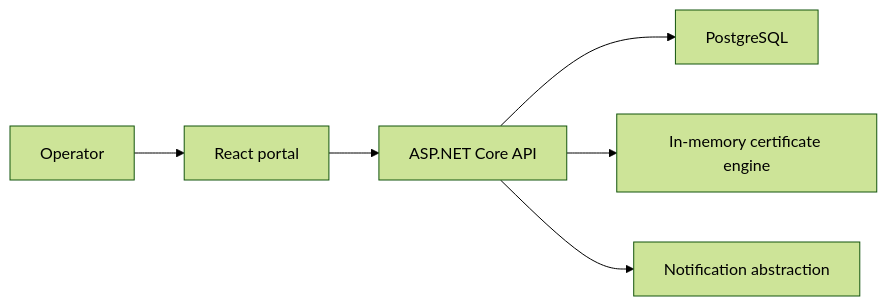
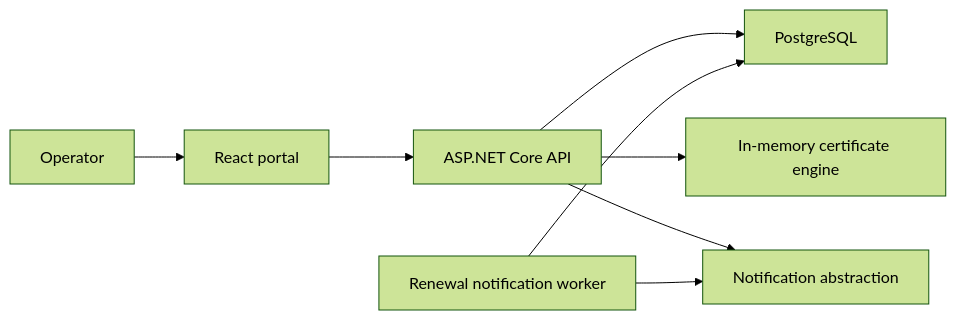
One commit to CLOUDCOOKCH/CertManager changed the diagram in docs/architecture.md. Above: the diagram before and after it, drawn with Mermaid (forest theme). The commit also changed other lines of this file and 32 other files, not shown here.

````diff
--- a/docs/architecture.md
+++ b/docs/architecture.md
@@ -3,8 +3,10 @@
 ```mermaid
 flowchart LR
   Operator --> React[React portal]
   React --> API[ASP.NET Core API]
   API --> PostgreSQL
   API --> Engine[In-memory certificate engine]
   API --> SMTP[Notification abstraction]
+  Worker[Renewal notification worker] --> PostgreSQL
+  Worker --> SMTP
 ```
````
